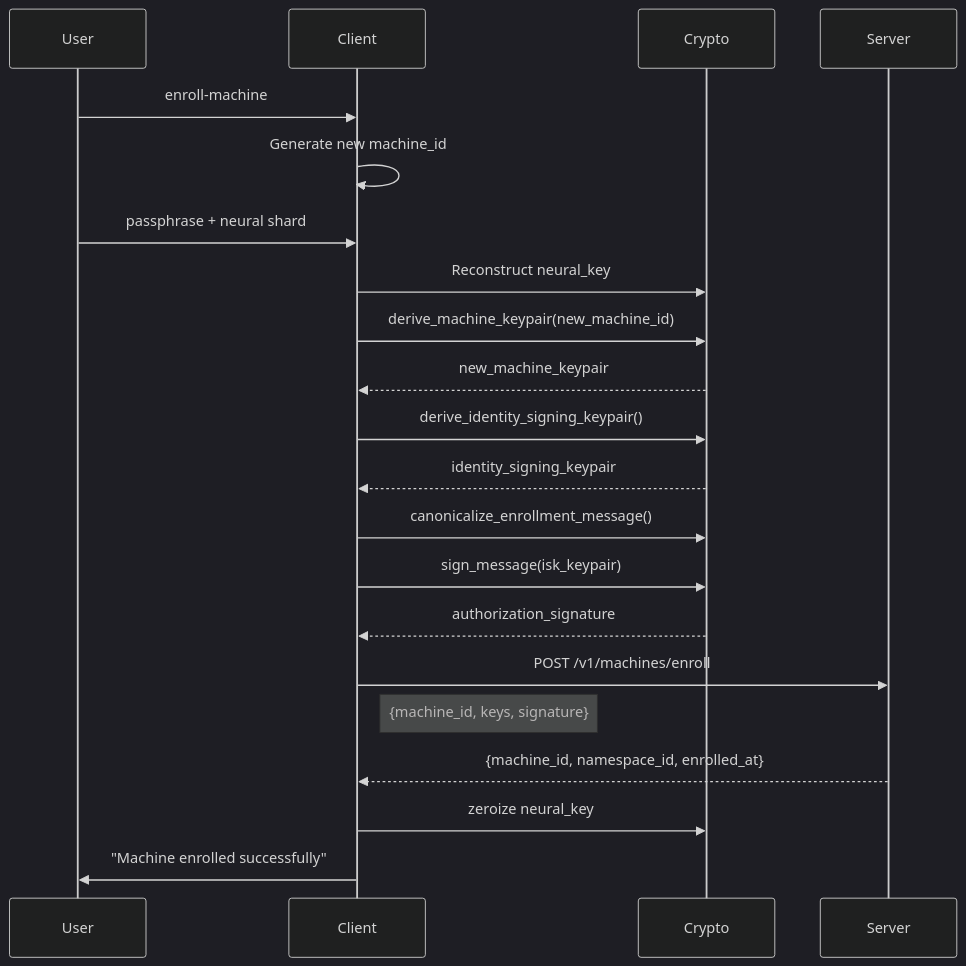
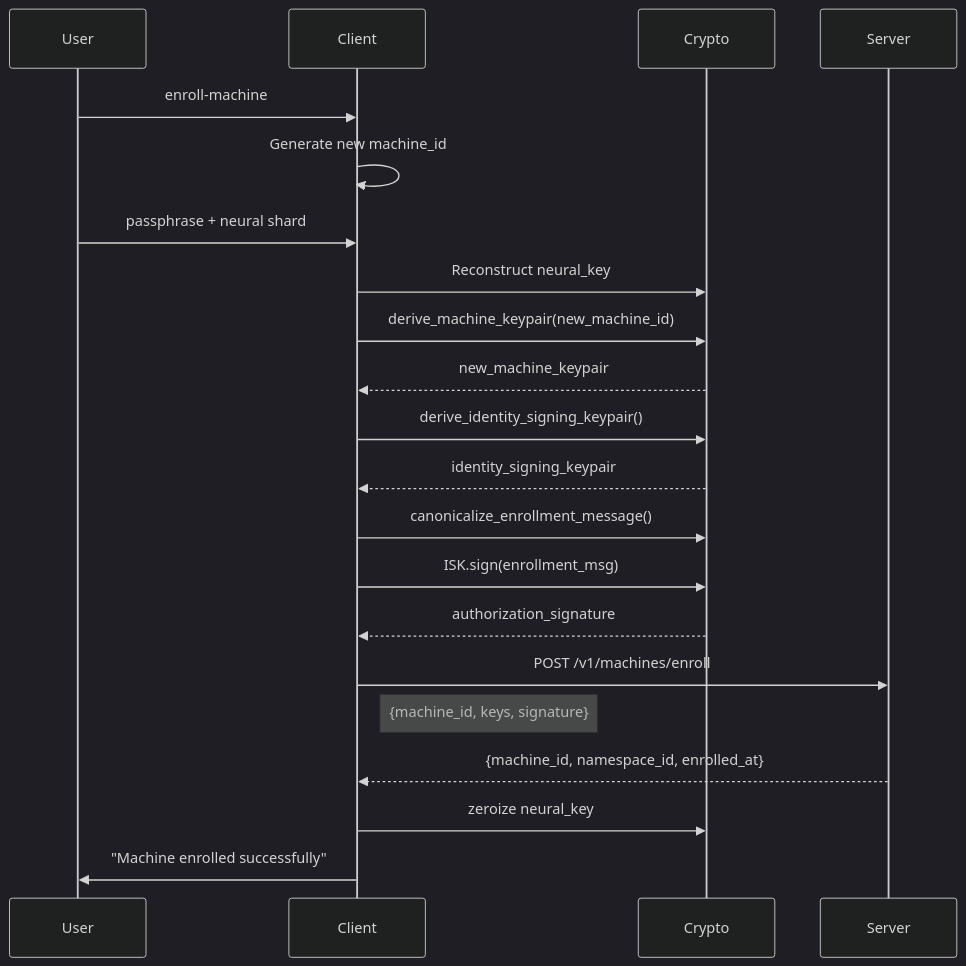
One commit to cypher-asi/zero-auth changed the sixth of 7 diagrams in docs/spec/v0.1.0/09-client.md. Above: the diagram before and after it, drawn with Mermaid (dark theme). The commit also changed other lines of this file and 13 other files, not shown here.

First line of the commit message:
docs: remove Ed25519KeyPair, sign_message, and classical-only references from all documentation to reflect PQ-Hybrid migration

````diff
--- a/docs/spec/v0.1.0/09-client.md
+++ b/docs/spec/v0.1.0/09-client.md
@@ -350,31 +350,31 @@
 ```mermaid
 sequenceDiagram
     participant User
     participant Client
     participant Crypto
     participant Server
     
     User->>Client: enroll-machine
     
     Client->>Client: Generate new machine_id
     
     User->>Client: passphrase + neural shard
     Client->>Crypto: Reconstruct neural_key
     
     Client->>Crypto: derive_machine_keypair(new_machine_id)
     Crypto-->>Client: new_machine_keypair
     
     Client->>Crypto: derive_identity_signing_keypair()
     Crypto-->>Client: identity_signing_keypair
     
     Client->>Crypto: canonicalize_enrollment_message()
-    Client->>Crypto: sign_message(isk_keypair)
+    Client->>Crypto: ISK.sign(enrollment_msg)
     Crypto-->>Client: authorization_signature
     
     Client->>Server: POST /v1/machines/enroll
     Note right of Client: {machine_id, keys, signature}
     Server-->>Client: {machine_id, namespace_id, enrolled_at}
     
     Client->>Crypto: zeroize neural_key
     Client->>User: "Machine enrolled successfully"
 ```
````
